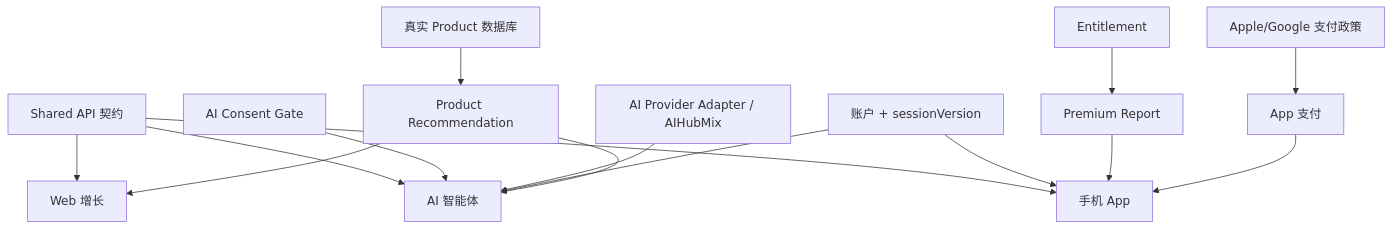
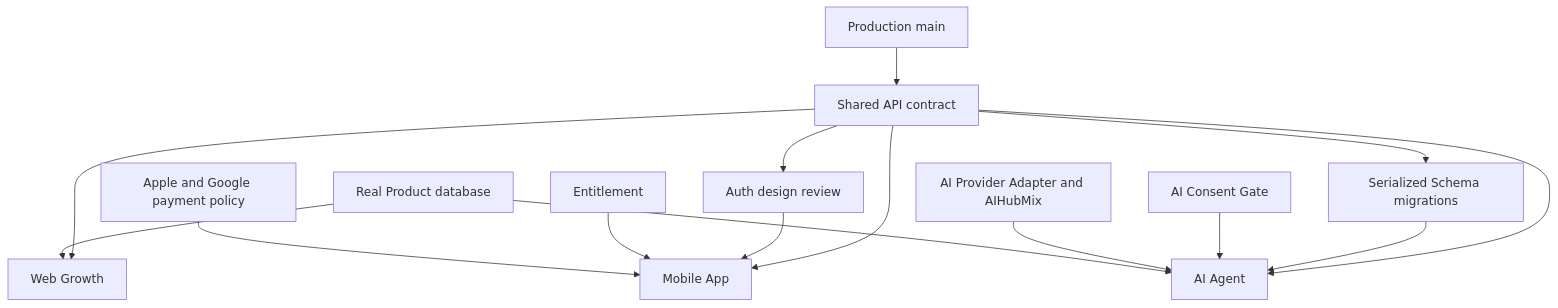
The diagram in PARALLEL_DEVELOPMENT_ROADMAP.md (mdshahin677546-ops/gb-medix-ai-platform), drawn with Mermaid before and after one commit. The commit also changed other lines of this file and 3 other files, not shown here.

First line of the commit message:
docs: address Codex mobile and agent planning review

````diff
--- a/PARALLEL_DEVELOPMENT_ROADMAP.md
+++ b/PARALLEL_DEVELOPMENT_ROADMAP.md
@@ -109,17 +124,29 @@
 ```mermaid
-graph TD
-  SharedAPI[Shared API 契约] --> Mobile[手机 App]
-  SharedAPI --> Agent[AI 智能体]
-  SharedAPI --> Web[Web 增长]
-  Consent[AI Consent Gate] --> Agent
-  Provider[AI Provider Adapter / AIHubMix] --> Agent
-  UserSystem[账户 + sessionVersion] --> Mobile
-  UserSystem --> Agent
-  Entitlement --> PremiumReport[Premium Report]
-  PremiumReport --> Mobile
-  RealProductDB[真实 Product 数据库] --> ProductRec[Product Recommendation]
-  ProductRec --> Agent
-  ProductRec --> Web
-  StorePolicy[Apple/Google 支付政策] --> MobilePay[App 支付]
-  MobilePay --> Mobile
+flowchart TD
+    Main["Production main"]
+    Shared["Shared API contract"]
+    Web["Web Growth"]
+    Mobile["Mobile App"]
+    Agent["AI Agent"]
+    Auth["Auth design review"]
+    Schema["Serialized Schema migrations"]
+    Consent["AI Consent Gate"]
+    Provider["AI Provider Adapter and AIHubMix"]
+    Entitlement["Entitlement"]
+    Product["Real Product database"]
+    Store["Apple and Google payment policy"]
+    Main --> Shared
+    Shared --> Web
+    Shared --> Mobile
+    Shared --> Agent
+    Shared --> Auth
+    Auth --> Mobile
+    Shared --> Schema
+    Schema --> Agent
+    Consent --> Agent
+    Provider --> Agent
+    Entitlement --> Mobile
+    Product --> Agent
+    Product --> Web
+    Store --> Mobile
 ```
````
